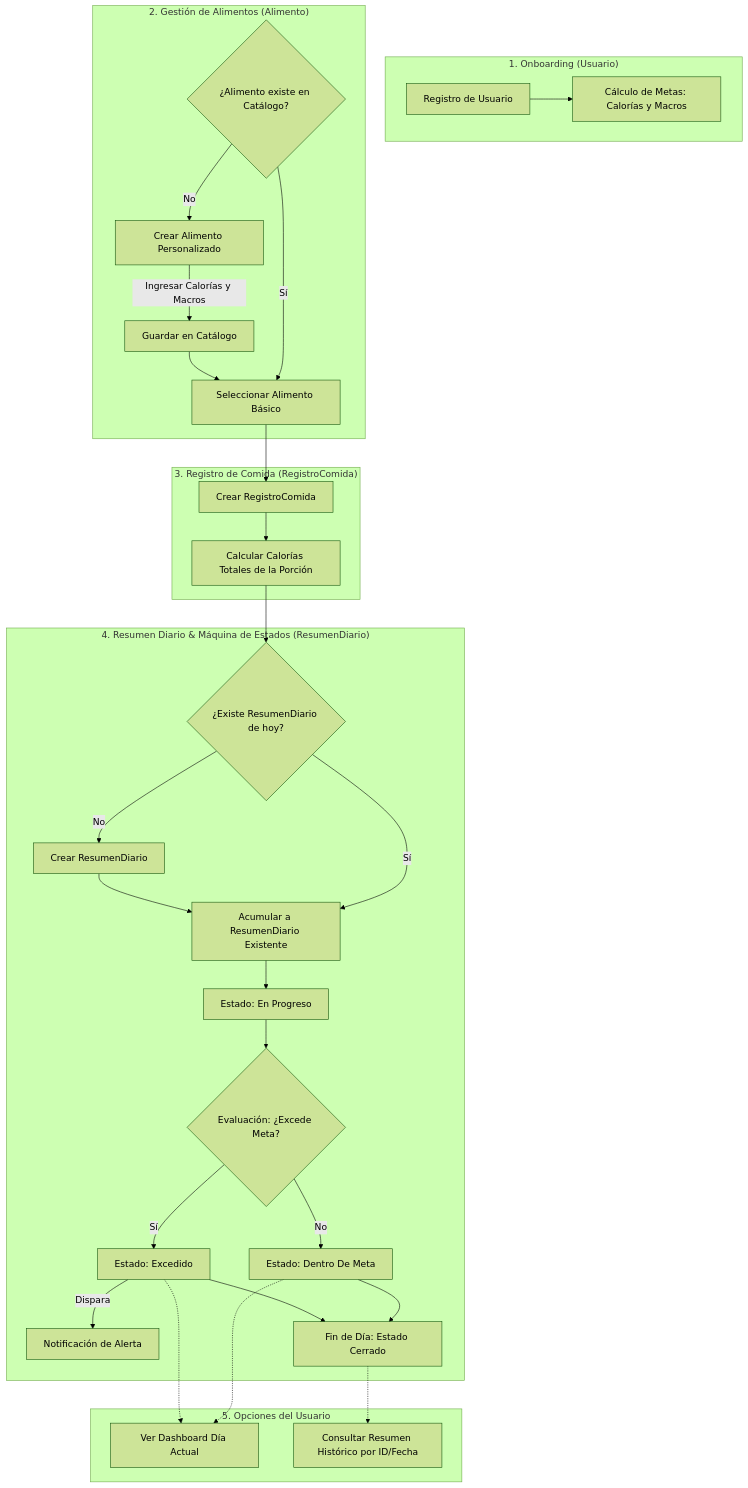
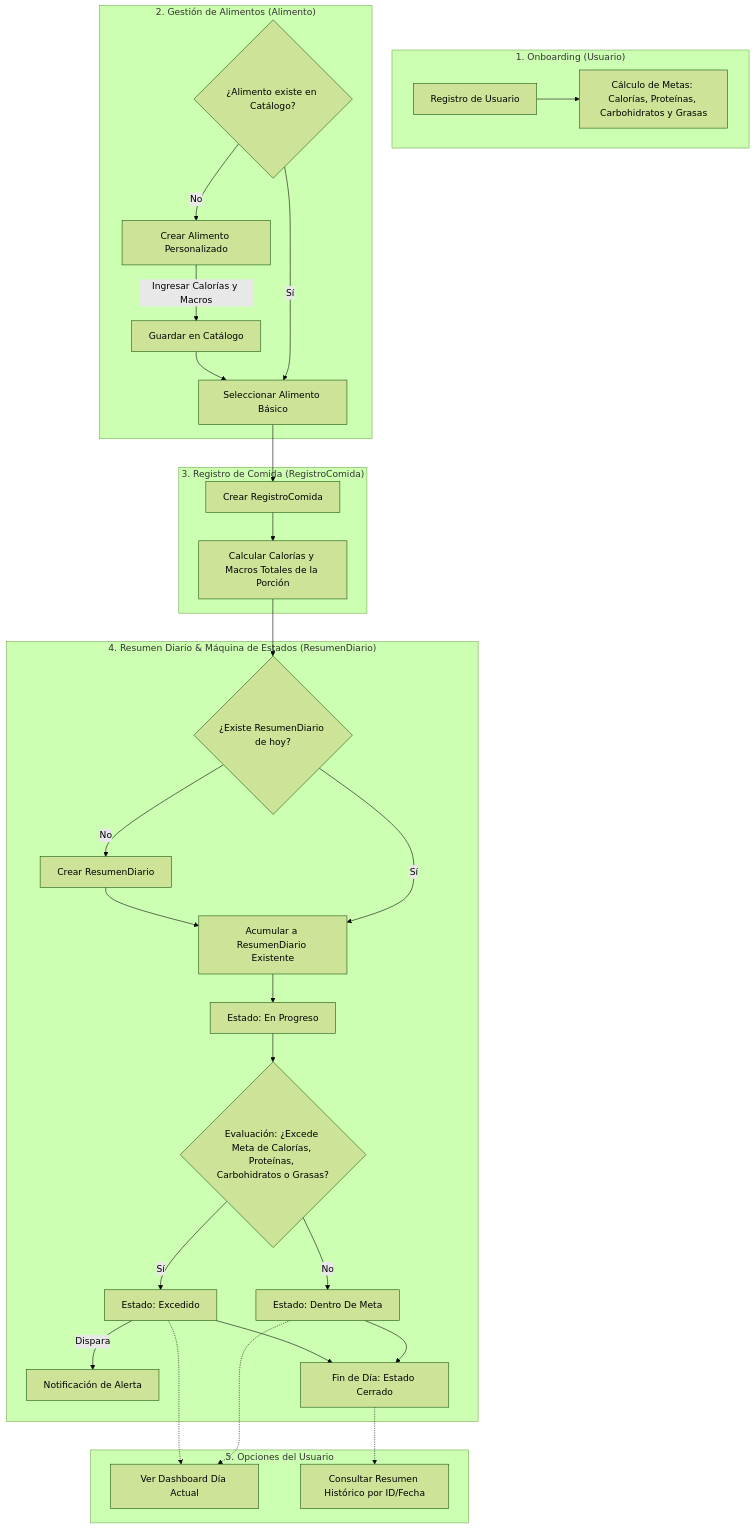
Before and after one commit to carlosgabrielcastellanossuriel-lgtm/FitTrack: the first of 3 diagrams in README.md, drawn with Mermaid (forest theme). The commit also changed other lines of this file, not shown here.

Commit message:
Agregando el diagrama entidad-relacion

````diff
--- a/README.md
+++ b/README.md
@@ -5,43 +4,43 @@
 ```mermaid
 flowchart TD
     subgraph Usuario_Core ["1. Onboarding (Usuario)"]
-        A[Registro de Usuario] --> B[Cálculo de Metas: Calorías y Macros]
+        A[Registro de Usuario] --> B[Cálculo de Metas: Calorías, Proteínas, Carbohidratos y Grasas]
     end
 
     subgraph Catálogo_Alimentos ["2. Gestión de Alimentos (Alimento)"]
         C{¿Alimento existe en Catálogo?}
         C -->|Sí| D[Seleccionar Alimento Básico]
         C -->|No| E[Crear Alimento Personalizado]
         E -->|Ingresar Calorías y Macros| F[Guardar en Catálogo]
         F --> D
     end
 
     subgraph Consumo ["3. Registro de Comida (RegistroComida)"]
         D --> G[Crear RegistroComida]
-        G --> H[Calcular Calorías Totales de la Porción]
+        G --> H[Calcular Calorías y Macros Totales de la Porción]
     end
 
     subgraph Resumen_Diario ["4. Resumen Diario & Máquina de Estados (ResumenDiario)"]
         H --> I{¿Existe ResumenDiario de hoy?}
         I -->|No| J[Crear ResumenDiario]
         I -->|Sí| K[Acumular a ResumenDiario Existente]
         J --> K
         
         K --> L[Estado: En Progreso]
-        L --> M{Evaluación: ¿Excede Meta?}
+        L --> M{Evaluación: ¿Excede Meta de Calorías, Proteínas, Carbohidratos o Grasas?}
         M -->|No| N[Estado: Dentro De Meta]
         M -->|Sí| O[Estado: Excedido]
         O -->|Dispara| P[Notificación de Alerta]
         
         N --> Q[Fin de Día: Estado Cerrado]
         O --> Q
     end
 
     subgraph Vistas ["5. Opciones del Usuario"]
         R[Ver Dashboard Día Actual]
         S[Consultar Resumen Histórico por ID/Fecha]
         N -.-> R
         O -.-> R
         Q -.-> S
     end
 ```
````
